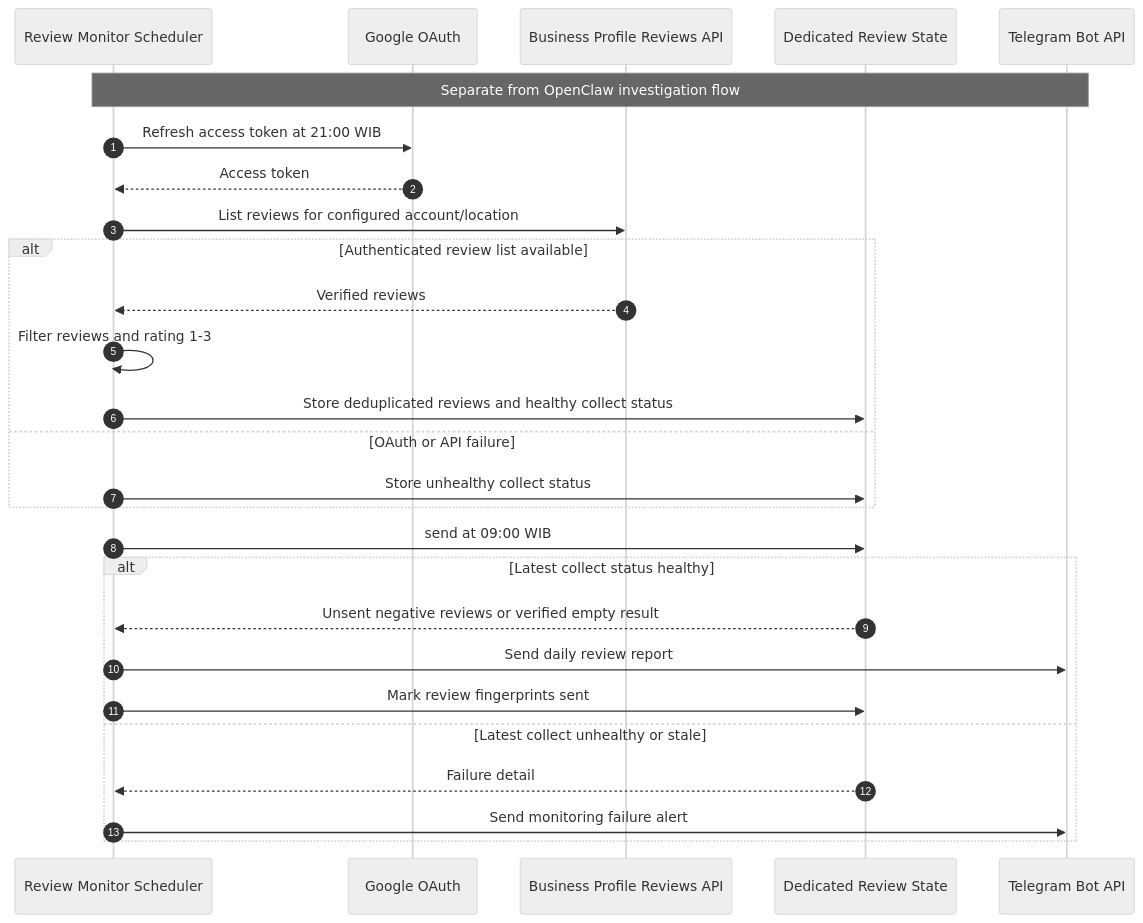
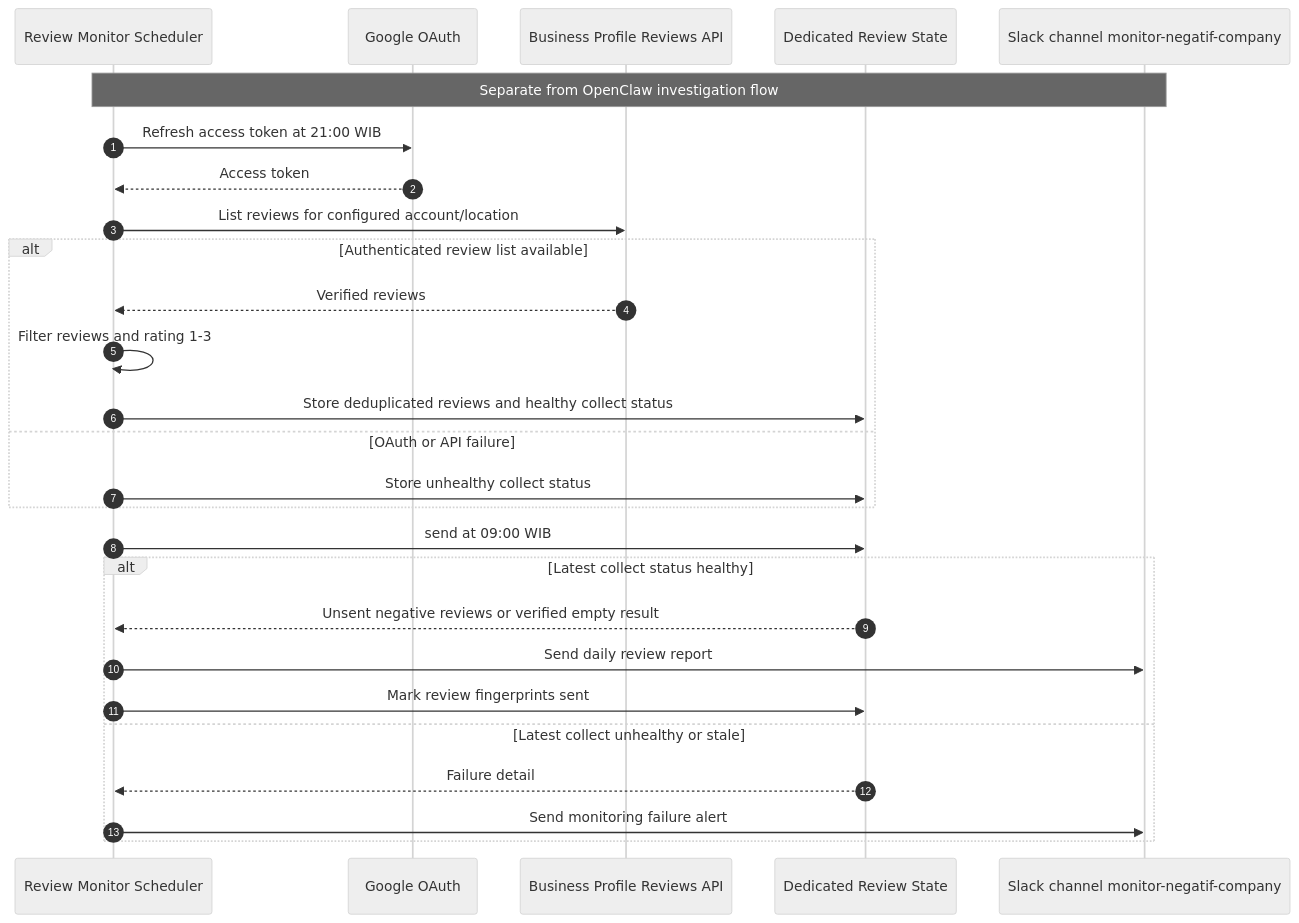
Before and after one commit to nunutech40/company-detector-bot: the second of 10 diagrams in docs/technical/FLOW_MAP.md, drawn with Mermaid (neutral theme). The commit also changed other lines of this file and 13 other files, not shown here.

Commit message:
Route review monitor reports to Slack

````diff
--- a/docs/technical/FLOW_MAP.md
+++ b/docs/technical/FLOW_MAP.md
@@ -125,33 +125,33 @@
 ```mermaid
 sequenceDiagram
   autonumber
   participant Scheduler as Review Monitor Scheduler
   participant OAuth as Google OAuth
   participant API as Business Profile Reviews API
   participant State as Dedicated Review State
-  participant Telegram as Telegram Bot API
+  participant Slack as Slack channel monitor-negatif-company
 
-  Note over Scheduler,Telegram: Separate from OpenClaw investigation flow
+  Note over Scheduler,Slack: Separate from OpenClaw investigation flow
 
   Scheduler->>OAuth: Refresh access token at 21:00 WIB
   OAuth-->>Scheduler: Access token
   Scheduler->>API: List reviews for configured account/location
 
   alt Authenticated review list available
     API-->>Scheduler: Verified reviews
     Scheduler->>Scheduler: Filter reviews and rating 1-3
     Scheduler->>State: Store deduplicated reviews and healthy collect status
   else OAuth or API failure
     Scheduler->>State: Store unhealthy collect status
   end
 
   Scheduler->>State: send at 09:00 WIB
   alt Latest collect status healthy
     State-->>Scheduler: Unsent negative reviews or verified empty result
-    Scheduler->>Telegram: Send daily review report
+    Scheduler->>Slack: Send daily review report
     Scheduler->>State: Mark review fingerprints sent
   else Latest collect unhealthy or stale
     State-->>Scheduler: Failure detail
-    Scheduler->>Telegram: Send monitoring failure alert
+    Scheduler->>Slack: Send monitoring failure alert
   end
 ```
````
